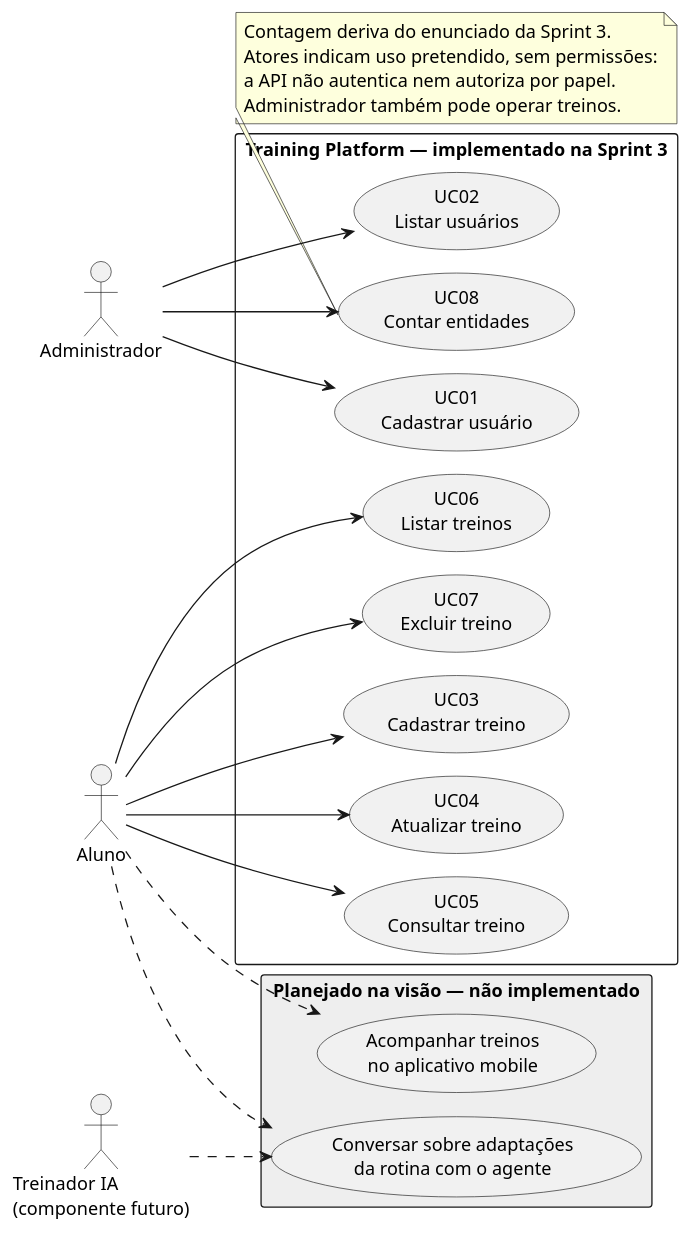
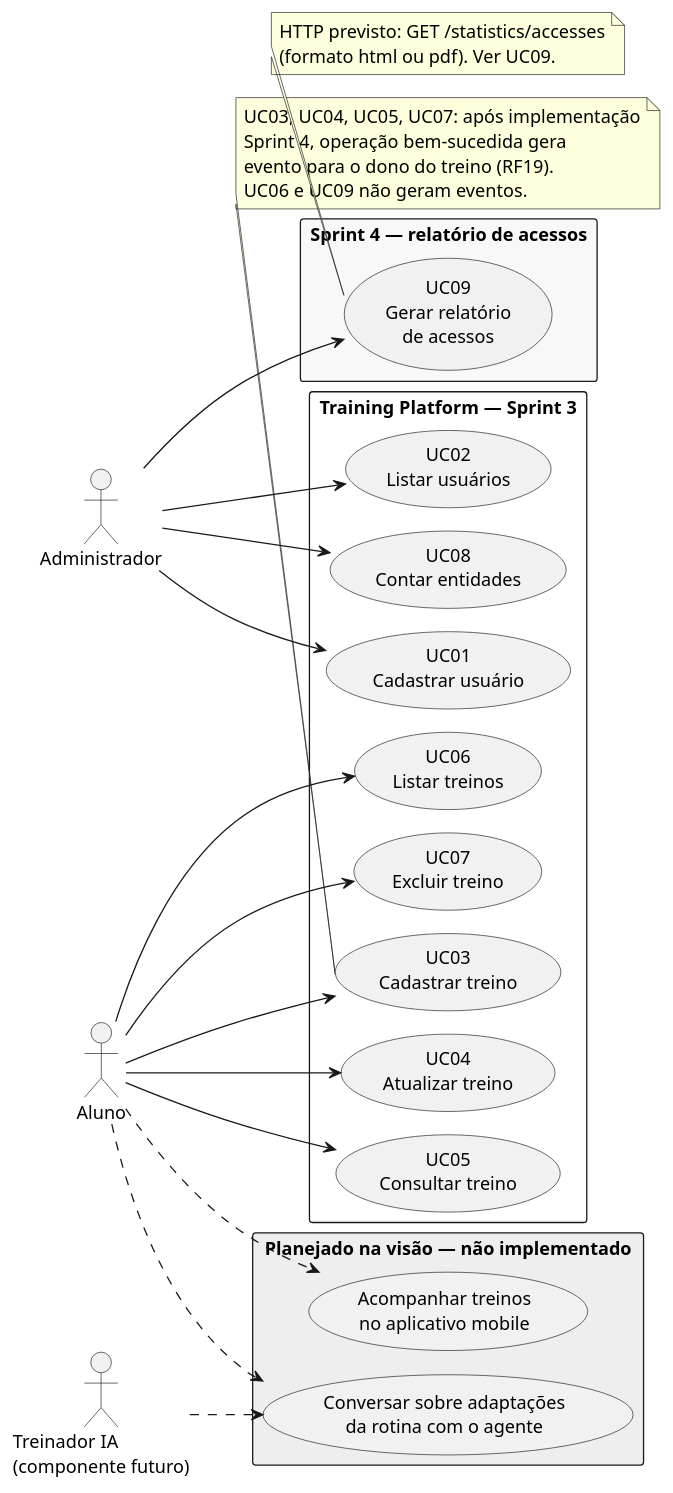
The diagram in docs/diagramas/casos-de-uso-usuarios.puml (Miguelqfs/training-platform), drawn with PlantUML before and after one commit. The commit also changed 19 other files, not shown here.

```diff
--- a/docs/diagramas/casos-de-uso-usuarios.puml
+++ b/docs/diagramas/casos-de-uso-usuarios.puml
@@ -1,41 +1,49 @@
 @startuml
 !pragma layout smetana
 left to right direction
 skinparam packageStyle rectangle
 skinparam defaultFontSize 14
 actor Aluno
 actor Administrador
 actor "Treinador IA\n(componente futuro)" as IA
 
-rectangle "Training Platform — implementado na Sprint 3" {
+rectangle "Training Platform — Sprint 3" {
   usecase "UC01\nCadastrar usuário" as UC01
   usecase "UC02\nListar usuários" as UC02
   usecase "UC03\nCadastrar treino" as UC03
   usecase "UC04\nAtualizar treino" as UC04
   usecase "UC05\nConsultar treino" as UC05
   usecase "UC06\nListar treinos" as UC06
   usecase "UC07\nExcluir treino" as UC07
   usecase "UC08\nContar entidades" as UC08
 }
+rectangle "Sprint 4 — relatório de acessos" #F8F8F8 {
+  usecase "UC09\nGerar relatório\nde acessos" as UC09
+}
 rectangle "Planejado na visão — não implementado" #EEEEEE {
   usecase "Acompanhar treinos\nno aplicativo mobile" as FutureApp
   usecase "Conversar sobre adaptações\nda rotina com o agente" as FutureIA
 }
 Administrador --> UC01
 Administrador --> UC02
 Administrador --> UC08
+Administrador --> UC09
 Aluno --> UC03
 Aluno --> UC04
 Aluno --> UC05
 Aluno --> UC06
 Aluno --> UC07
 Aluno ..> FutureApp
 Aluno ..> FutureIA
 IA ..> FutureIA
-note bottom of UC08
-  Contagem deriva do enunciado da Sprint 3.
-  Atores indicam uso pretendido, sem permissões:
-  a API não autentica nem autoriza por papel.
-  Administrador também pode operar treinos.
+note bottom of UC03
+  UC03, UC04, UC05, UC07: após implementação
+  Sprint 4, operação bem-sucedida gera
+  evento para o dono do treino (RF19).
+  UC06 e UC09 não geram eventos.
+end note
+note bottom of UC09
+  HTTP previsto: GET /statistics/accesses
+  (formato html ou pdf). Ver UC09.
 end note
 @enduml
```
